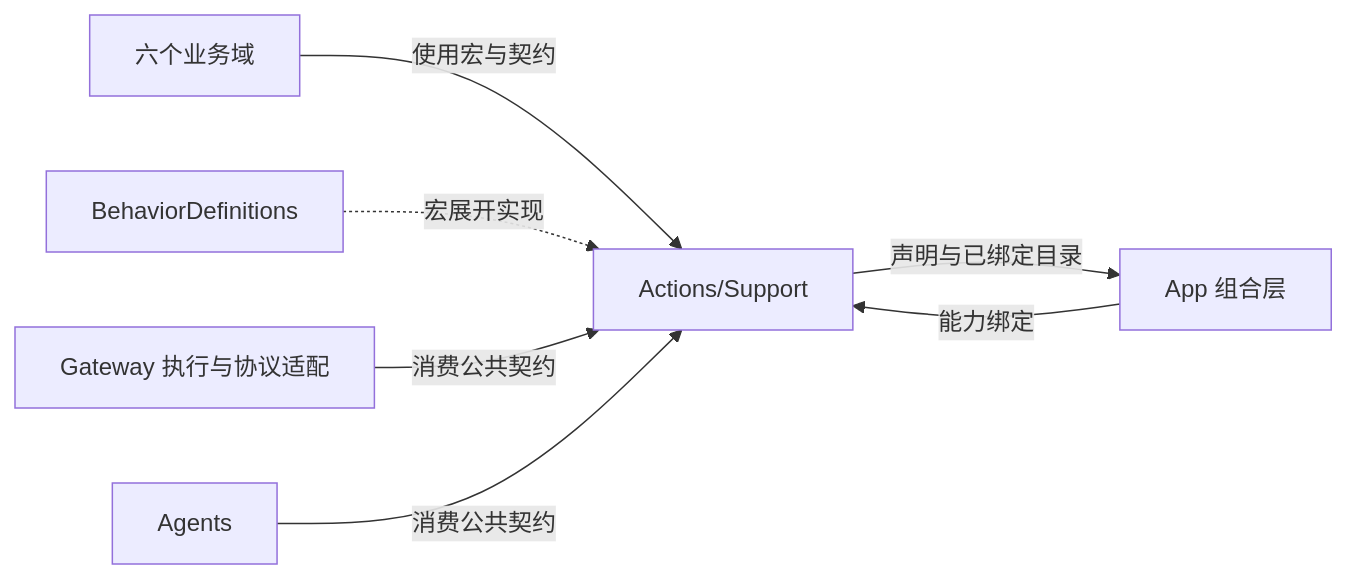
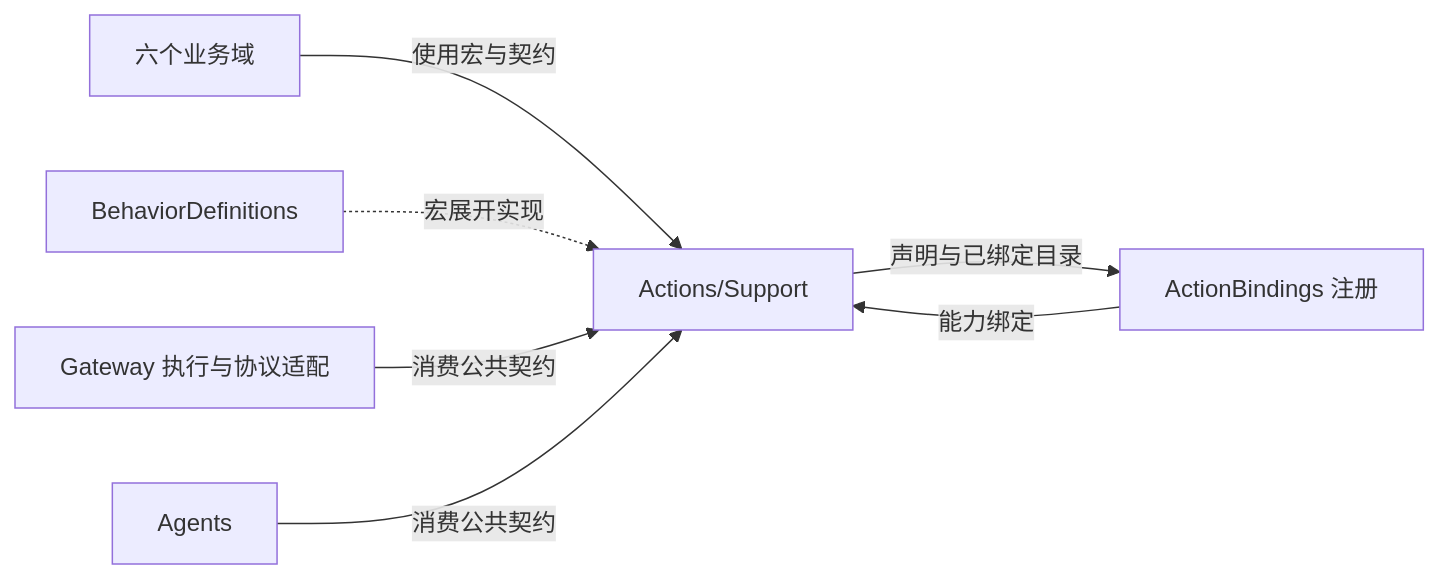
One commit to devilyouwei/MobileHarness changed the first of 2 diagrams in MobileHarness/Actions/Support/README.md. Above: the diagram before and after it, drawn with Mermaid. The commit also changed other lines of this file and 254 other files, not shown here.

First line of the commit message:
refactor: isolate app composition and module bindings

````diff
--- a/MobileHarness/Actions/Support/README.md
+++ b/MobileHarness/Actions/Support/README.md
@@ -9,9 +9,9 @@
 ```mermaid
 flowchart LR
     Domains[六个业务域] -->|使用宏与契约| S[Actions/Support]
-    Host[App 组合层] -->|能力绑定| S
+    Host[ActionBindings 注册] -->|能力绑定| S
     S -->|声明与已绑定目录| Host
     Plugin[BehaviorDefinitions] -.->|宏展开实现| S
     Runtime[Gateway 执行与协议适配] -->|消费公共契约| S
     Agents -->|消费公共契约| S
 ```
````
